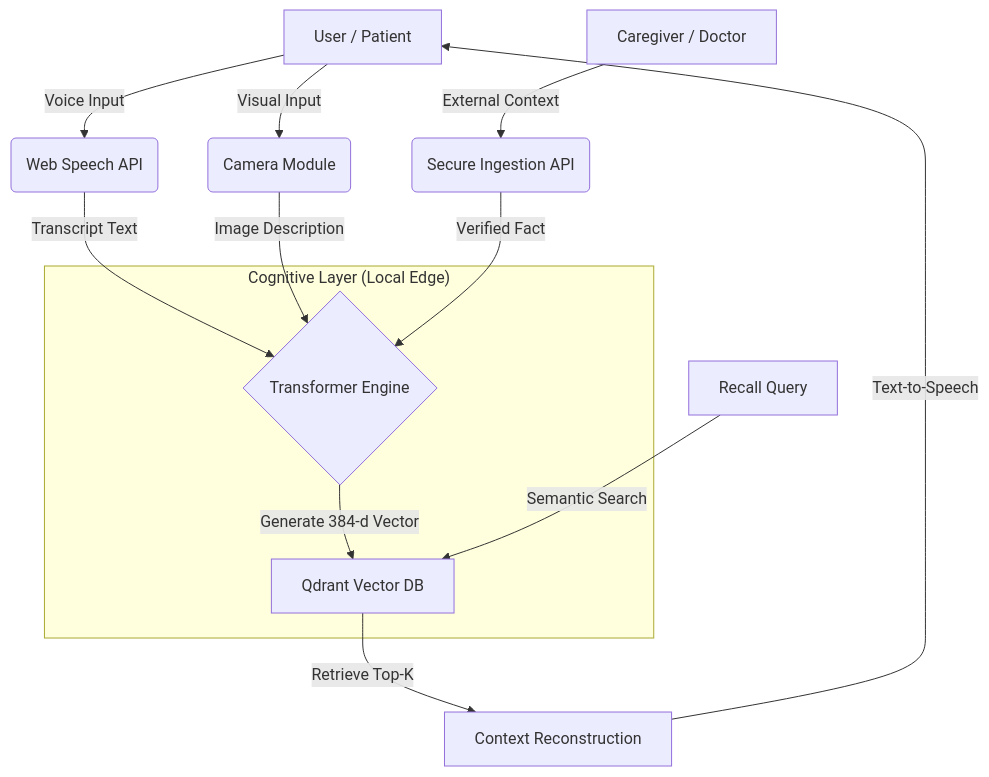
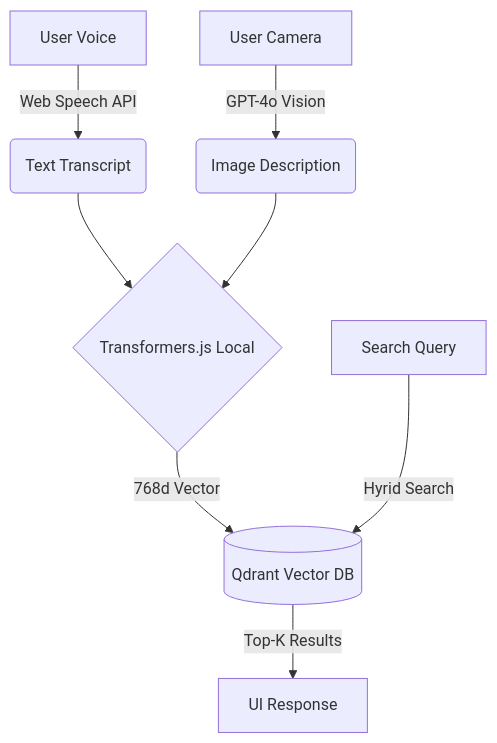
The diagram in README.md (keerthi2436/memora), drawn with Mermaid before and after one commit. The commit also changed other lines of this file and 8 other files, not shown here.

````diff
--- a/README.md
+++ b/README.md
@@ -41,21 +100,13 @@
 ```mermaid
 graph TD
-    A[User / Patient] -->|Voice Input| B(Web Speech API)
-    A -->|Visual Input| C(Camera Module)
-    F[Caregiver / Doctor] -->|External Context| D(Secure Ingestion API)
+    A[User Voice] -->|Web Speech API| B(Text Transcript)
+    C[User Camera] -->|GPT-4o Vision| D(Image Description)
     
-    B -->|Transcript Text| E{Transformer Engine}
-    C -->|Image Description| E
-    D -->|Verified Fact| E
+    B --> E{Transformers.js Local}
+    D --> E
     
-    E -->|Generate 384-d Vector| G[Qdrant Vector DB]
+    E -->|768d Vector| F[(Qdrant Vector DB)]
     
-    subgraph "Cognitive Layer (Local Edge)"
-    E
-    G
-    end
-    
-    H[Recall Query] -->|Semantic Search| G
-    G -->|Retrieve Top-K| I[Context Reconstruction]
-    I -->|Text-to-Speech| A
+    G[Search Query] -->|Hyrid Search| F
+    F -->|Top-K Results| H[UI Response]
 ```
````
